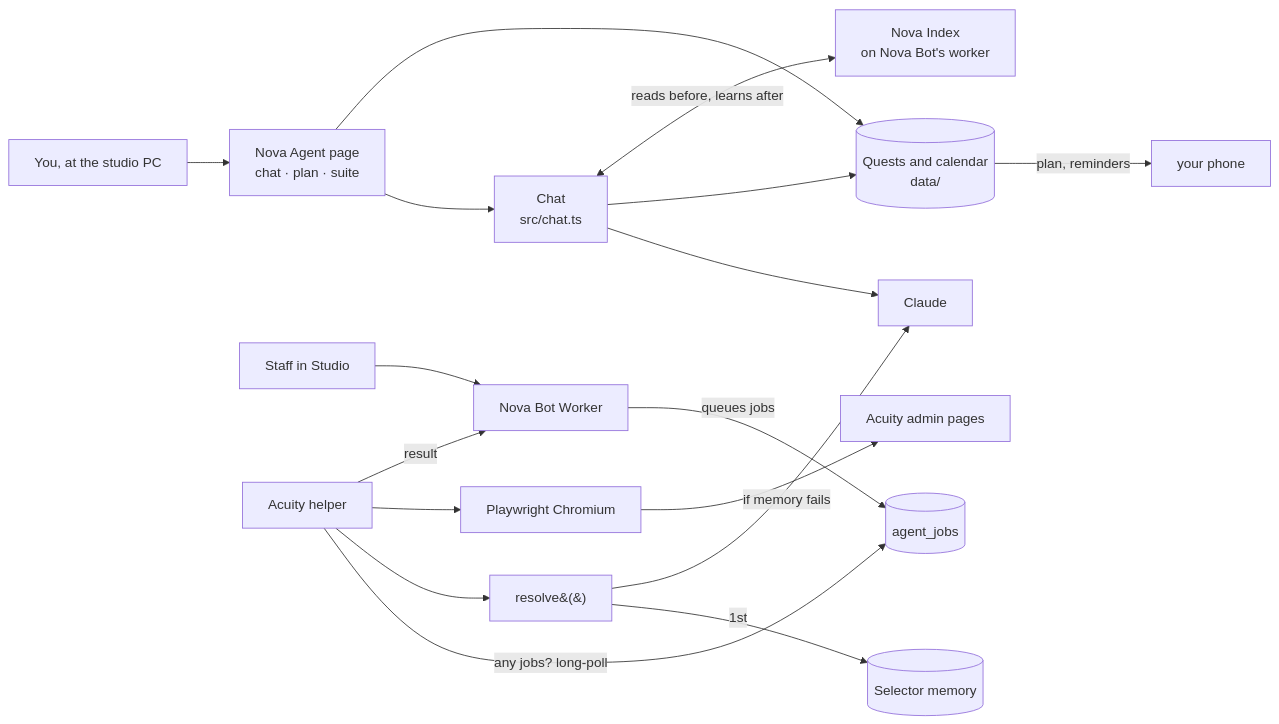
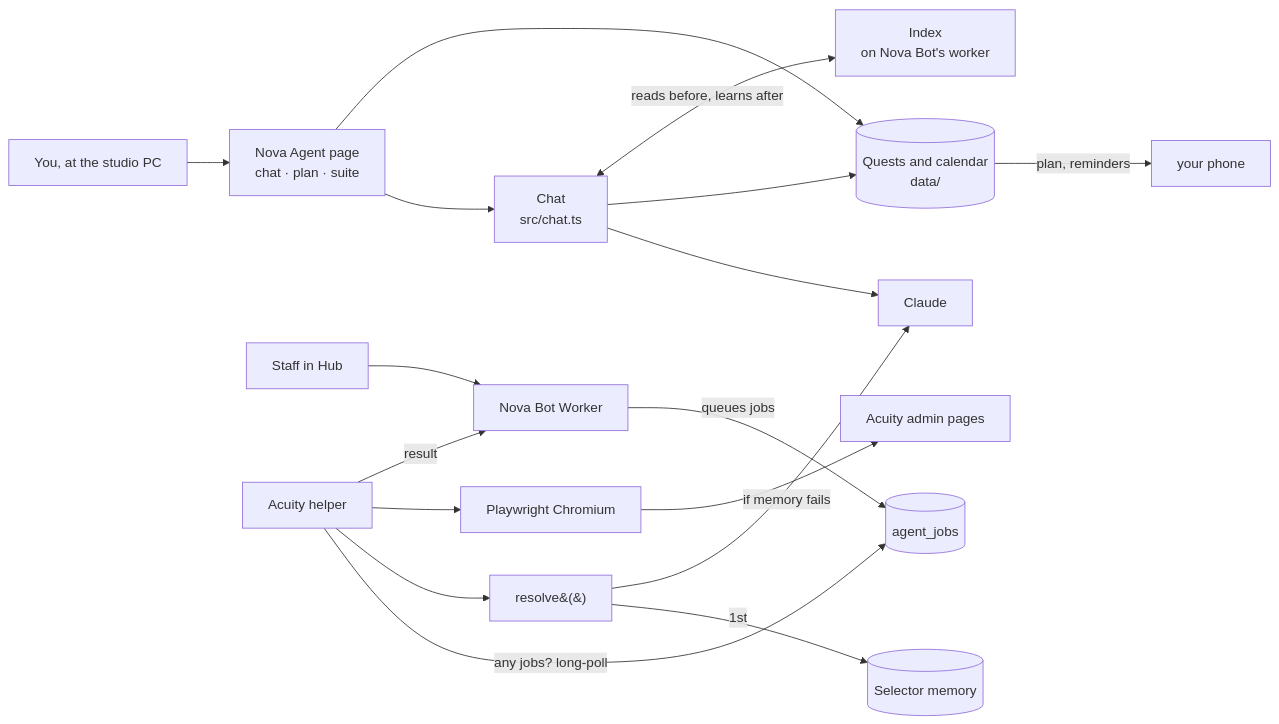
The diagram in README.md (tuniveza/nova-agent), drawn with Mermaid before and after one commit. The commit also changed other lines of this file and 139 other files, not shown here.

First line of the commit message:
Plain names: everything is Nova Agent, and its panels are Hub, Portal, Calendar…

````diff
--- a/README.md
+++ b/README.md
@@ -312,16 +312,16 @@
 ```mermaid
 flowchart LR
     You[You, at the studio PC] --> UI[Nova Agent page<br/>chat · plan · suite]
     UI --> Chat[Chat<br/>src/chat.ts] --> Claude[Claude]
     Chat --> Q[(Quests and calendar<br/>data/)]
     UI --> Q
-    Chat <-->|reads before, learns after| NI[Nova Index<br/>on Nova Bot's worker]
+    Chat <-->|reads before, learns after| NI[Index<br/>on Nova Bot's worker]
     Q -->|plan, reminders| Hub[your phone]
-    S[Staff in Studio] --> NB[Nova Bot Worker]
+    S[Staff in Hub] --> NB[Nova Bot Worker]
     NB -->|queues jobs| J[(agent_jobs)]
     NA[Acuity helper] -->|"any jobs?" long-poll| J
     NA --> R[resolve&#40;&#41;] -->|1st| M[(Selector memory)]
     R -->|if memory fails| Claude
     NA --> B[Playwright Chromium] --> A[Acuity admin pages]
     NA -->|result| NB
 ```
````
